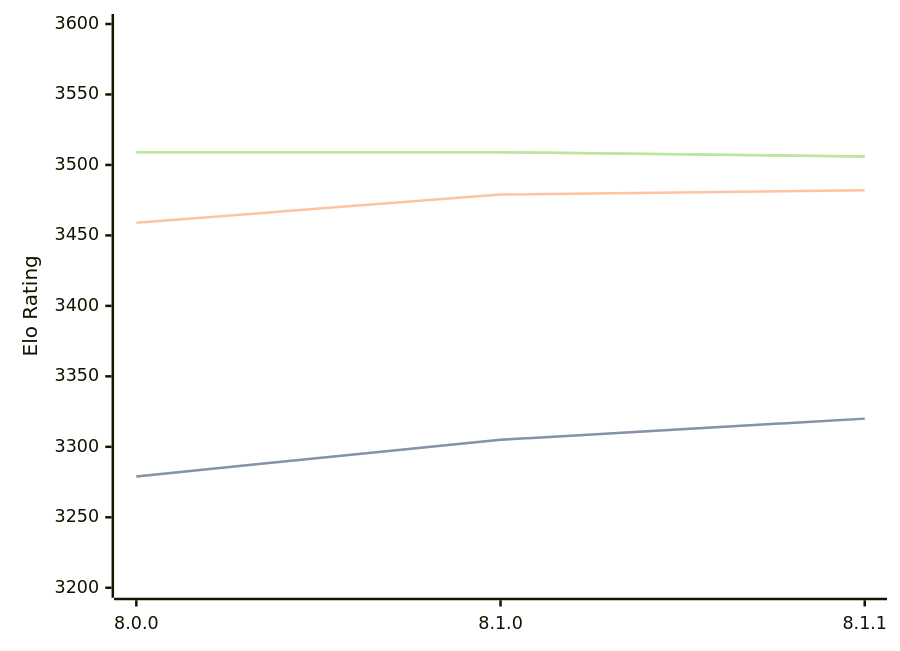
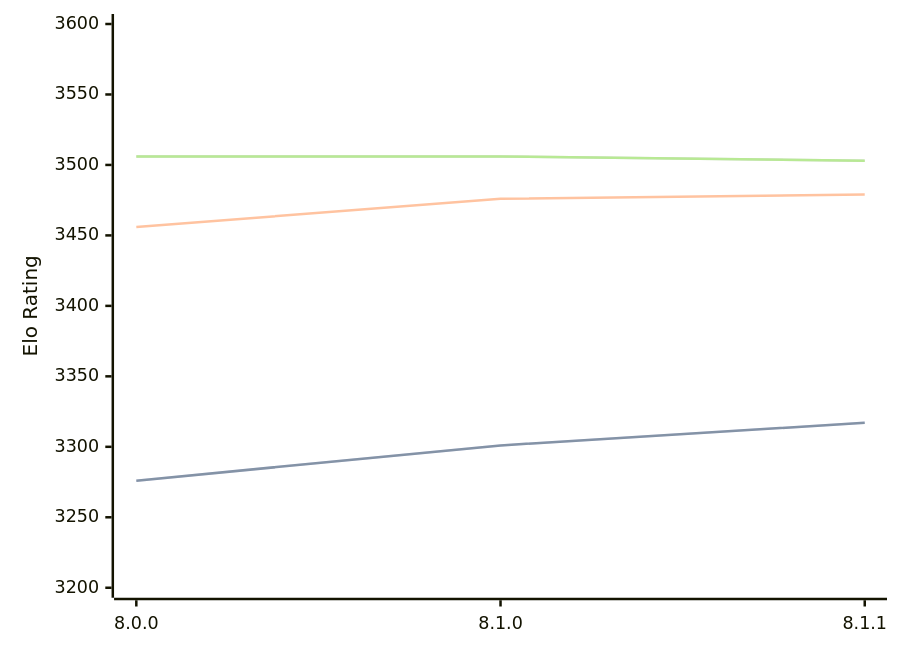
The diagram in engines/Velvet.md (computer-chess-index/cci), drawn with Mermaid before and after one commit. The commit also changed other lines of this file, not shown here.

Commit message:
Update CCI Ratings (ELO VLTC) - 2026-04-23

````diff
--- a/engines/Velvet.md
+++ b/engines/Velvet.md
@@ -57,11 +57,11 @@
 ```mermaid
 %%{init: {"theme":"base","themeVariables":{"seriesColors:['#a3a3a3','#222221','#faa371']}}}%%
 xychart-beta
   x-axis ["8.0.0", "8.1.0", "8.1.1"]
   y-axis "Elo Rating" 3200 --> 3600
-  line "STC (8.0+0.08s)" [3279, 3305, 3320]
-  line "STC (8.0+0.08s)" [3279, 3305, 3320]
-  line "LTC (60.0+0.60s)" [3459, 3479, 3482]
-  line "VLTC (2m24s+1.12s)" [3509, 3509, 3506]
-  line "VLTC (2m24s+1.12s)" [3509, 3509, 3506]
+  line "STC (8.0+0.08s)" [3276, 3301, 3317]
+  line "STC (8.0+0.08s)" [3276, 3301, 3317]
+  line "LTC (60.0+0.60s)" [3456, 3476, 3479]
+  line "VLTC (2m24s+1.12s)" [3506, 3506, 3503]
+  line "VLTC (2m24s+1.12s)" [3506, 3506, 3503]
 ```
````
